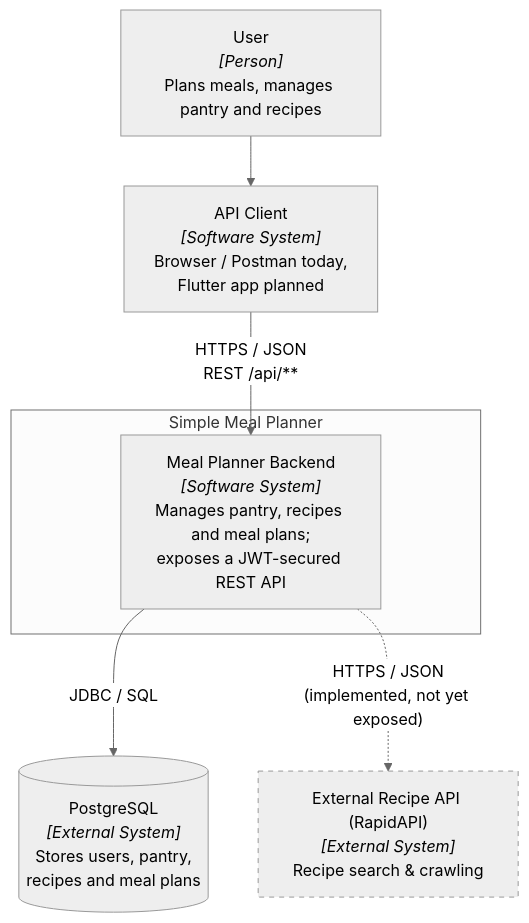
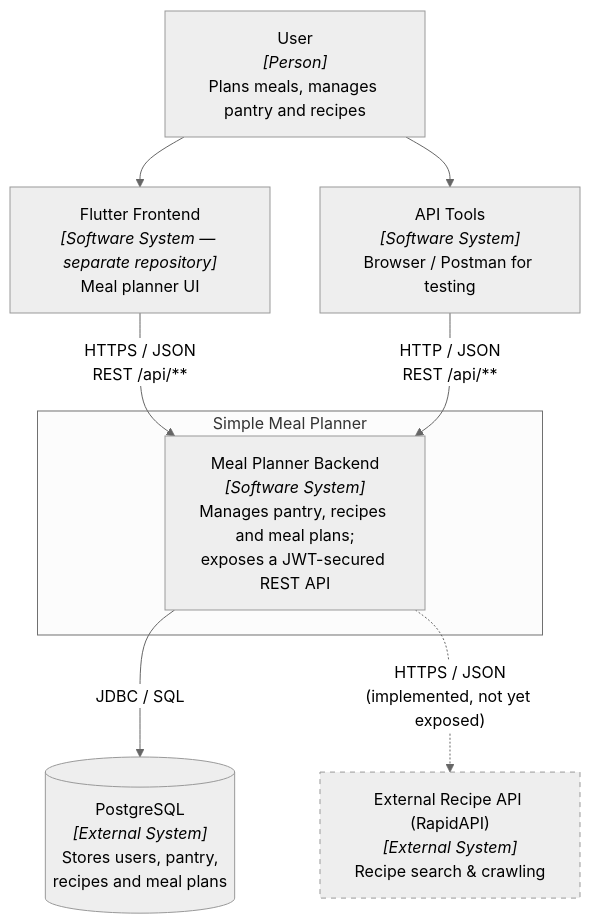
One commit to hsd-inflab/simple-meal-planner changed the diagram in docs/diagrams/c1-system-context.md. Above: the diagram before and after it, drawn with Mermaid (neutral theme). The commit also changed other lines of this file and 2 other files, not shown here.

Commit message:
updated doc to show that flutter frontend exisists

````diff
--- a/docs/diagrams/c1-system-context.md
+++ b/docs/diagrams/c1-system-context.md
@@ -8,20 +8,23 @@
 ```mermaid
 graph TB
     user["User<br/><i>[Person]</i><br/>Plans meals, manages pantry and recipes"]
-    client["API Client<br/><i>[Software System]</i><br/>Browser / Postman today,<br/>Flutter app planned"]
+    client["Flutter Frontend<br/><i>[Software System — separate repository]</i><br/>Meal planner UI"]
+    tools["API Tools<br/><i>[Software System]</i><br/>Browser / Postman for testing"]
 
     subgraph smp["Simple Meal Planner"]
         backend["Meal Planner Backend<br/><i>[Software System]</i><br/>Manages pantry, recipes and meal plans;<br/>exposes a JWT-secured REST API"]
     end
 
     db[("PostgreSQL<br/><i>[External System]</i><br/>Stores users, pantry,<br/>recipes and meal plans")]
     recipeApi["External Recipe API (RapidAPI)<br/><i>[External System]</i><br/>Recipe search &amp; crawling"]
 
     user --> client
+    user --> tools
     client -->|"HTTPS / JSON<br/>REST /api/**"| backend
+    tools -->|"HTTP / JSON<br/>REST /api/**"| backend
     backend -->|"JDBC / SQL"| db
     backend -.->|"HTTPS / JSON<br/>(implemented, not yet exposed)"| recipeApi
 
     classDef planned stroke-dasharray: 5 5;
     class recipeApi planned;
 ```
````
